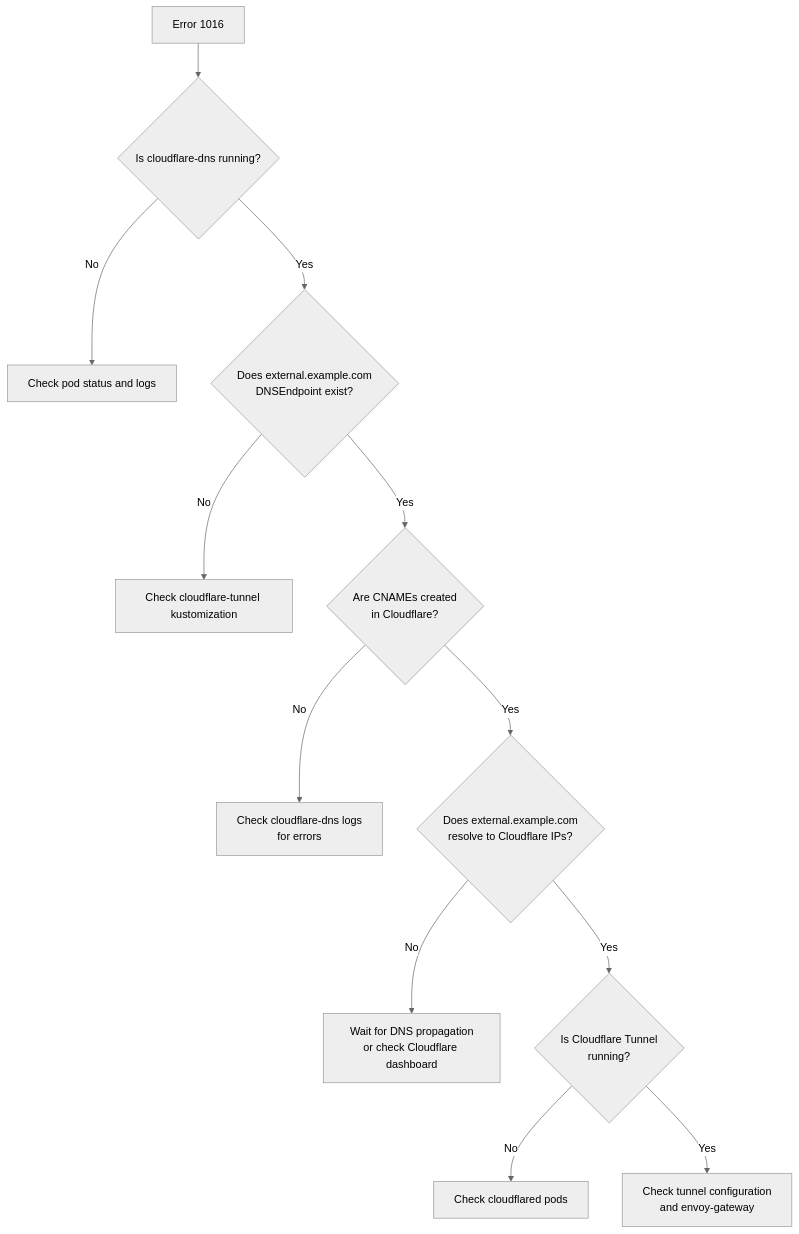
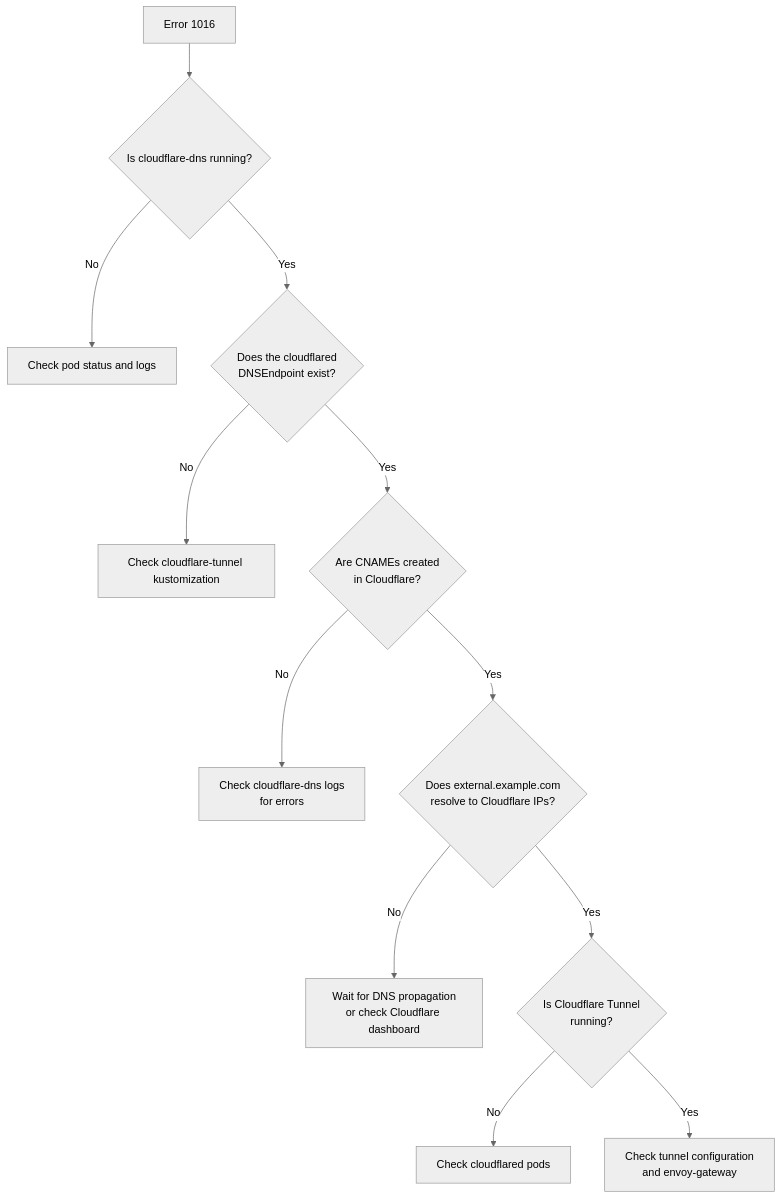
The sixth of 6 diagrams in docs/docs/architecture/split-dns.md (LukeEvansTech/talos-cluster), drawn with Mermaid (neutral theme) before and after one commit. The commit also changed other lines of this file and 28 other files, not shown here.

````diff
--- a/docs/docs/architecture/split-dns.md
+++ b/docs/docs/architecture/split-dns.md
@@ -362,14 +319,14 @@
 ```mermaid
 graph TD
     A[Error 1016] --> B{Is cloudflare-dns running?}
     B -->|No| C[Check pod status and logs]
-    B -->|Yes| D{Does external.example.com<br/>DNSEndpoint exist?}
+    B -->|Yes| D{Does the cloudflared<br/>DNSEndpoint exist?}
     D -->|No| E[Check cloudflare-tunnel kustomization]
     D -->|Yes| F{Are CNAMEs created<br/>in Cloudflare?}
     F -->|No| G[Check cloudflare-dns logs<br/>for errors]
     F -->|Yes| H{Does external.example.com<br/>resolve to Cloudflare IPs?}
     H -->|No| I[Wait for DNS propagation<br/>or check Cloudflare dashboard]
     H -->|Yes| J{Is Cloudflare Tunnel<br/>running?}
     J -->|No| K[Check cloudflared pods]
     J -->|Yes| L[Check tunnel configuration<br/>and envoy-gateway]
 ```
````
